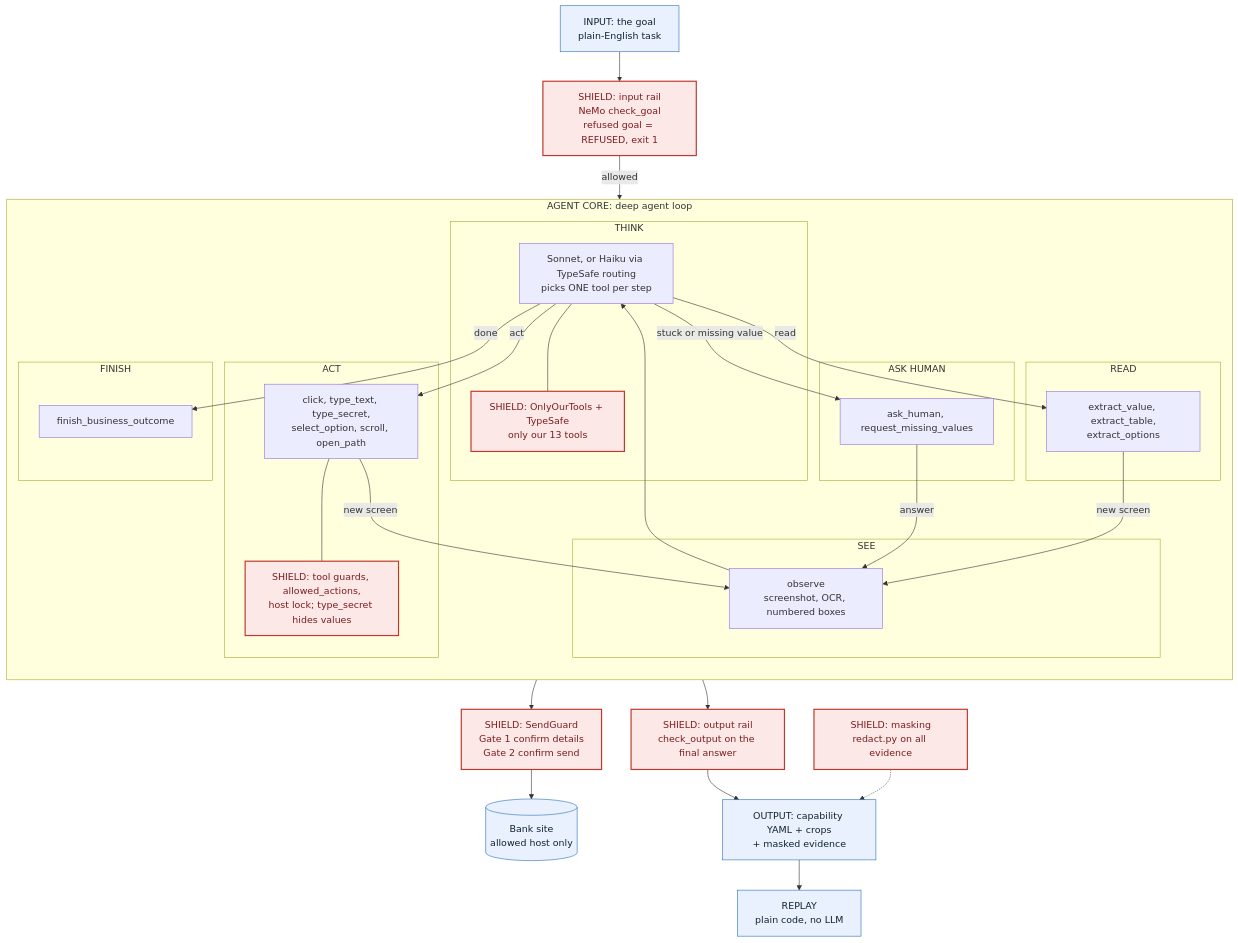
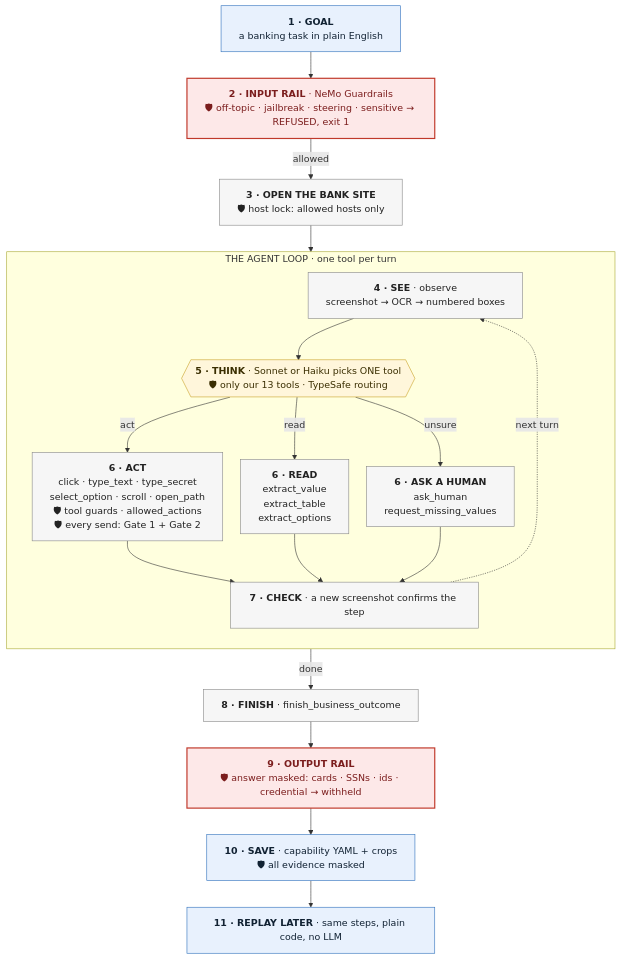
One commit to Pratik-Prakash-Sannakki/TellerAI changed the first of 5 diagrams in README.md. Above: the diagram before and after it, drawn with Mermaid. The commit also changed other lines of this file, not shown here.

Commit message:
docs(readme): linear see-think-act flow diagram with numbered steps below

````diff
--- a/README.md
+++ b/README.md
@@ -69,52 +69,39 @@
 ```mermaid
+%%{init: {"flowchart": {"wrappingWidth": 360, "nodeSpacing": 30, "rankSpacing": 45}}}%%
 flowchart TD
-    GOAL["INPUT: the goal<br/>plain-English task"]:::io
-    IR["SHIELD: input rail<br/>NeMo check_goal<br/>refused goal = REFUSED, exit 1"]:::guard
-    GOAL --> IR
-    subgraph CORE["AGENT CORE: deep agent loop"]
+    S1["<b>1 · GOAL</b><br/>a banking task in plain English"]:::io
+    S2["<b>2 · INPUT RAIL</b> · NeMo Guardrails<br/>🛡 off-topic · jailbreak · steering · sensitive → REFUSED, exit 1"]:::guard
+    S3["<b>3 · OPEN THE BANK SITE</b><br/>🛡 host lock: allowed hosts only"]:::step
+
+    subgraph LOOP["THE AGENT LOOP · one tool per turn"]
         direction TB
-        subgraph SEE["SEE"]
-            OBS["observe<br/>screenshot, OCR, numbered boxes"]
-        end
-        subgraph THINK["THINK"]
-            LLM["Sonnet, or Haiku via TypeSafe routing<br/>picks ONE tool per step"]
-            OOT["SHIELD: OnlyOurTools + TypeSafe<br/>only our 13 tools"]:::guard
-            LLM --- OOT
-        end
-        subgraph ACT["ACT"]
-            A["click, type_text, type_secret,<br/>select_option, scroll, open_path"]
-            TG["SHIELD: tool guards, allowed_actions,<br/>host lock; type_secret hides values"]:::guard
-            A --- TG
-        end
-        subgraph READ["READ"]
-            R["extract_value, extract_table,<br/>extract_options"]
-        end
-        subgraph ASK["ASK HUMAN"]
-            H["ask_human, request_missing_values"]
-        end
-        subgraph FIN["FINISH"]
-            F["finish_business_outcome"]
-        end
-        OBS --> LLM
-        LLM -->|act| A
-        LLM -->|read| R
-        LLM -->|stuck or missing value| H
-        LLM -->|done| F
-        A -->|new screen| OBS
-        R -->|new screen| OBS
-        H -->|answer| OBS
+        S4["<b>4 · SEE</b> · observe<br/>screenshot → OCR → numbered boxes"]:::step
+        S5{{"<b>5 · THINK</b> · Sonnet or Haiku picks ONE tool<br/>🛡 only our 13 tools · TypeSafe routing"}}:::think
+        S6A["<b>6 · ACT</b><br/>click · type_text · type_secret<br/>select_option · scroll · open_path<br/>🛡 tool guards · allowed_actions<br/>🛡 every send: Gate 1 + Gate 2"]:::step
+        S6B["<b>6 · READ</b><br/>extract_value<br/>extract_table<br/>extract_options"]:::step
+        S6C["<b>6 · ASK A HUMAN</b><br/>ask_human<br/>request_missing_values"]:::step
+        S7["<b>7 · CHECK</b> · a new screenshot confirms the step"]:::step
+        S4 --> S5
+        S5 -->|act| S6A
+        S5 -->|read| S6B
+        S5 -->|unsure| S6C
+        S6A --> S7
+        S6B --> S7
+        S6C --> S7
+        S7 -. next turn .-> S4
     end
-    IR -->|allowed| OBS
-    SG["SHIELD: SendGuard<br/>Gate 1 confirm details<br/>Gate 2 confirm send"]:::guard
-    BANK[("Bank site<br/>allowed host only")]:::io
-    A --> SG --> BANK
-    OR["SHIELD: output rail<br/>check_output on the final answer"]:::guard
-    F --> OR
-    MASK["SHIELD: masking<br/>redact.py on all evidence"]:::guard
-    OR --> OUT
-    OUT["OUTPUT: capability YAML + crops<br/>+ masked evidence"]:::io
-    MASK -.-> OUT
-    OUT --> REP["REPLAY<br/>plain code, no LLM"]:::io
+
+    S8["<b>8 · FINISH</b> · finish_business_outcome"]:::step
+    S9["<b>9 · OUTPUT RAIL</b><br/>🛡 answer masked: cards · SSNs · ids · credential → withheld"]:::guard
+    S10["<b>10 · SAVE</b> · capability YAML + crops<br/>🛡 all evidence masked"]:::io
+    S11["<b>11 · REPLAY LATER</b> · same steps, plain code, no LLM"]:::io
+
+    S1 --> S2 -->|allowed| S3 --> S4
+    S5 -->|done| S8
+    S8 --> S9 --> S10 --> S11
+
+    classDef io fill:#e8f1fd,stroke:#2c6fbb,color:#123
+    classDef step fill:#f6f6f6,stroke:#888,color:#222
+    classDef think fill:#fff6db,stroke:#c9a227,color:#3a2e00
     classDef guard fill:#fde8e8,stroke:#c0392b,stroke-width:2px,color:#7b1d1d
-    classDef io fill:#e8f1fd,stroke:#2c6fbb,color:#123
 ```
````
